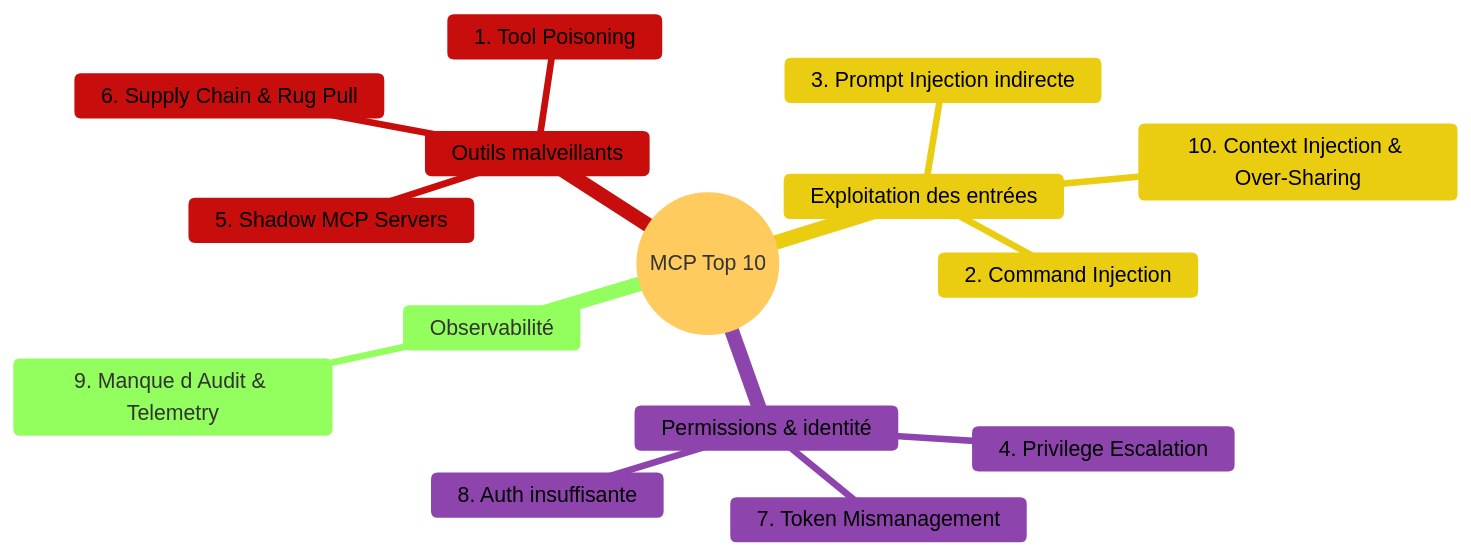
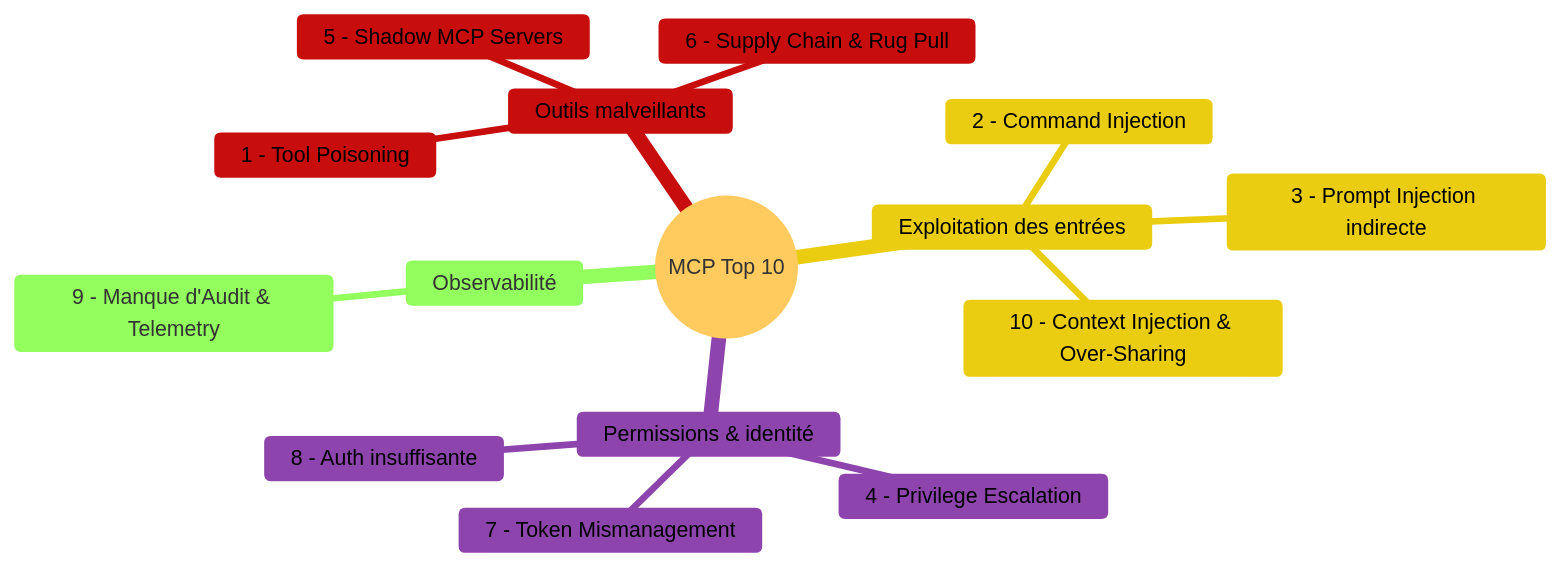
One commit to pi-2r/devoxxfr2026-workshop-jailbreak-prompt-injection-mcp-poisoning changed the second of 9 diagrams in step_12.md. Above: the diagram before and after it, drawn with Mermaid.

Commit message:
Fix mindmap rendering in pycharm / intelij preview.

````diff
--- a/step_12.md
+++ b/step_12.md
@@ -93,19 +93,19 @@
 ```mermaid
 %%{init: {'theme': 'base', 'themeVariables': {'cScale0': '#773703', 'cScaleLabel0': '#000000', 'cBorder0': '#773703', 'cScale1': '#c80d0d', 'cScaleLabel1': '#000000', 'cBorder1': '#c80d0d', 'cScale2': '#eacd11', 'cScaleLabel2': '#000000', 'cBorder2': '#eacd11', 'cScale3': '#8e44ad', 'cScaleLabel3': '#000000', 'cBorder3': '#8e44ad', 'cScalePeer1': '#773703', 'cScalePeerLabel1': '#000000', 'cScalePeer2': '#c80d0d', 'cScalePeerLabel2': '#000000', 'cScalePeer3': '#eacd11', 'cScalePeerLabel3': '#000000', 'cScalePeer4': '#7d3c98', 'cScalePeerLabel4': '#000000'}}}%%
 mindmap
   root((MCP Top 10))
     Outils malveillants
-      1. Tool Poisoning
-      6. Supply Chain & Rug Pull
-      5. Shadow MCP Servers
+      1 - Tool Poisoning
+      6 - Supply Chain & Rug Pull
+      5 - Shadow MCP Servers
     Exploitation des entrées
-      2. Command Injection
-      3. Prompt Injection indirecte
-      10. Context Injection & Over-Sharing
+      2 - Command Injection
+      3 - Prompt Injection indirecte
+      10 - Context Injection & Over-Sharing
     Permissions & identité
-      4. Privilege Escalation
-      7. Token Mismanagement
-      8. Auth insuffisante
+      4 - Privilege Escalation
+      7 - Token Mismanagement
+      8 - Auth insuffisante
     Observabilité
-      9. Manque d Audit & Telemetry
+      9 - Manque d'Audit & Telemetry
 ```
````
